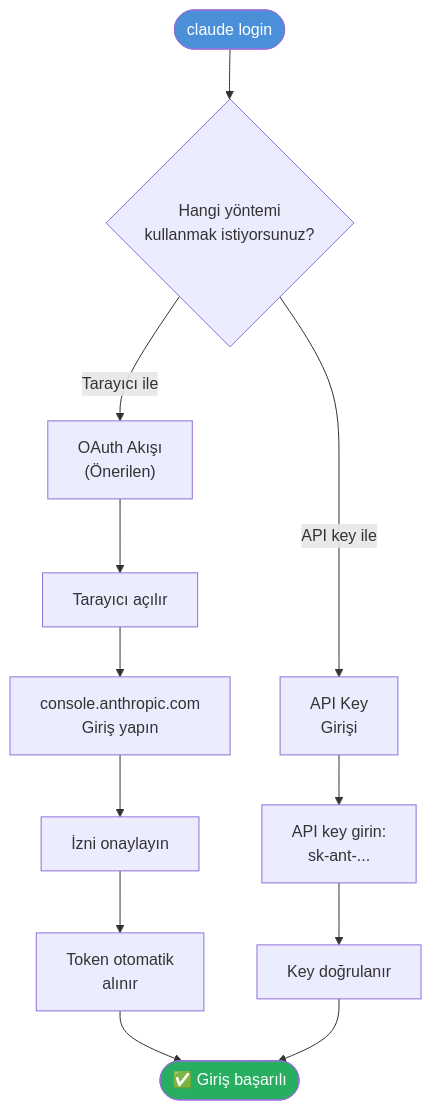
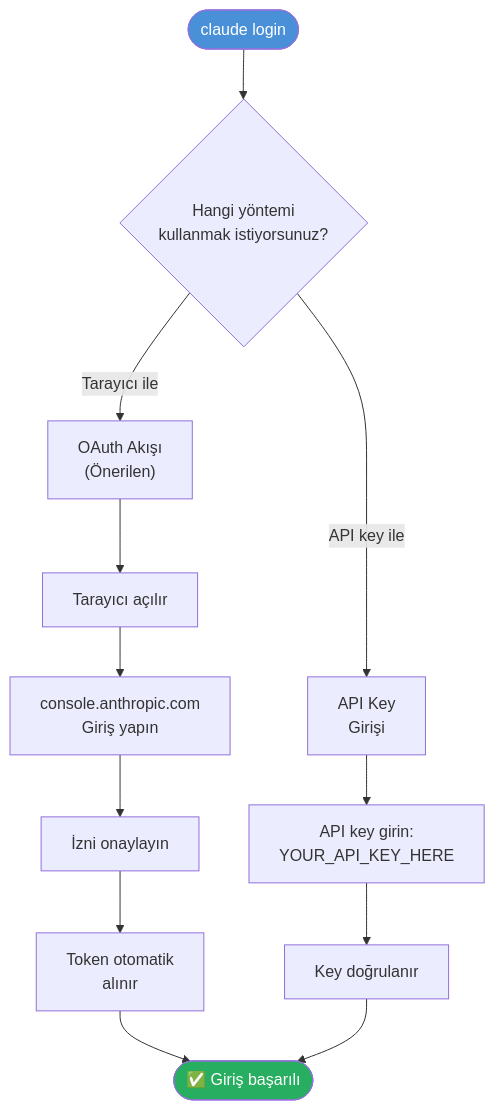
The first of 4 diagrams in 06-claude-code-tanitim/04-kimlik-dogrulama.md (IzzetYasinAtes/ClaudeCodeHandbook), drawn with Mermaid before and after one commit. The commit also changed other lines of this file and 145 other files, not shown here.

Commit message:
Updated README and various markdown files to enhance readability by replacing newline characters with HTML line breaks in flowcharts and diagrams. This improves the visual presentation of content related to AI fundamentals, large language models, and their applications.

````diff
--- a/06-claude-code-tanitim/04-kimlik-dogrulama.md
+++ b/06-claude-code-tanitim/04-kimlik-dogrulama.md
@@ -17,20 +17,20 @@
 ```mermaid
 flowchart TD
-    START(["claude login"]) --> METHOD{"Hangi yöntemi\nkullanmak istiyorsunuz?"}
+    START(["claude login"]) --> METHOD{"Hangi yöntemi<br/>kullanmak istiyorsunuz?"}
 
-    METHOD -->|"Tarayıcı ile"| OAUTH["OAuth Akışı\n(Önerilen)"]
-    METHOD -->|"API key ile"| API["API Key\nGirişi"]
+    METHOD -->|"Tarayıcı ile"| OAUTH["OAuth Akışı<br/>(Önerilen)"]
+    METHOD -->|"API key ile"| API["API Key<br/>Girişi"]
 
     OAUTH --> BROWSER["Tarayıcı açılır"]
-    BROWSER --> ANTHROPIC["console.anthropic.com\nGiriş yapın"]
+    BROWSER --> ANTHROPIC["console.anthropic.com<br/>Giriş yapın"]
     ANTHROPIC --> APPROVE["İzni onaylayın"]
-    APPROVE --> TOKEN["Token otomatik\nalınır"]
+    APPROVE --> TOKEN["Token otomatik<br/>alınır"]
     TOKEN --> DONE(["✅ Giriş başarılı"])
 
-    API --> KEY_INPUT["API key girin:\nsk-ant-..."]
+    API --> KEY_INPUT["API key girin:<br/>YOUR_API_KEY_HERE"]
     KEY_INPUT --> VALIDATE["Key doğrulanır"]
     VALIDATE --> DONE
 
     style START fill:#4A90D9,color:#fff
     style DONE fill:#27AE60,color:#fff
 ```
````
